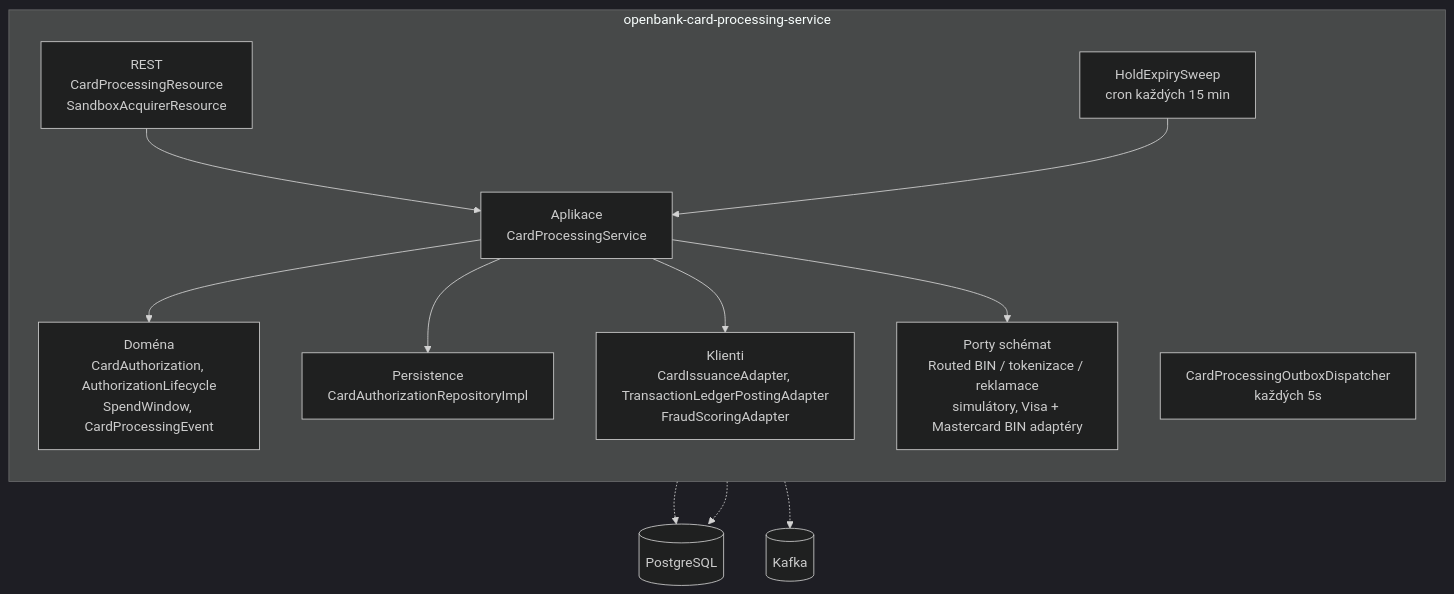
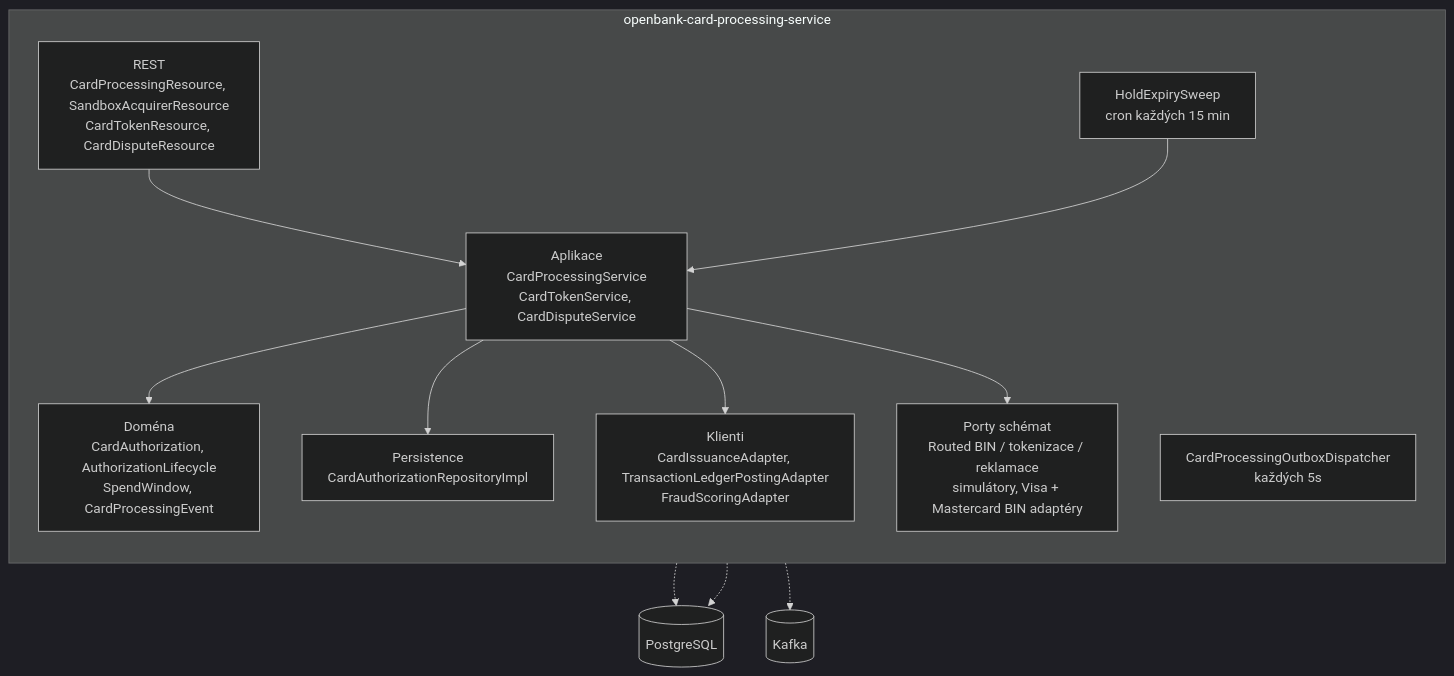
Before and after one commit to JiRaska/open-bank-oss: the second of 6 diagrams in openbank-card-processing-service/src/main/resources/docs/02-architecture.cs.md, drawn with Mermaid (dark theme). The commit also changed other lines of this file and 13 other files, not shown here.

First line of the commit message:
docs(card-processing): document token and dispute lifecycle

````diff
--- a/openbank-card-processing-service/src/main/resources/docs/02-architecture.cs.md
+++ b/openbank-card-processing-service/src/main/resources/docs/02-architecture.cs.md
@@ -34,23 +34,23 @@
 ```mermaid
 graph TB
   subgraph "openbank-card-processing-service"
     direction TB
-    rest["REST<br/>CardProcessingResource<br/>SandboxAcquirerResource"]
-    uc["Aplikace<br/>CardProcessingService"]
+    rest["REST<br/>CardProcessingResource, SandboxAcquirerResource<br/>CardTokenResource, CardDisputeResource"]
+    uc["Aplikace<br/>CardProcessingService<br/>CardTokenService, CardDisputeService"]
     dom["Doména<br/>CardAuthorization, AuthorizationLifecycle<br/>SpendWindow, CardProcessingEvent"]
     persist["Persistence<br/>CardAuthorizationRepositoryImpl"]
     clients["Klienti<br/>CardIssuanceAdapter, TransactionLedgerPostingAdapter<br/>FraudScoringAdapter"]
     scheme["Porty schémat<br/>Routed BIN / tokenizace / reklamace<br/>simulátory, Visa + Mastercard BIN adaptéry"]
     disp["CardProcessingOutboxDispatcher<br/>každých 5s"]
     sweep["HoldExpirySweep<br/>cron každých 15 min"]
   end
   rest --> uc
   sweep --> uc
   uc --> dom
   uc --> persist
   uc --> clients
   uc --> scheme
   persist -.-> db[("PostgreSQL")]
   disp -.-> db
   disp -.-> kafka[("Kafka")]
 ```
````
